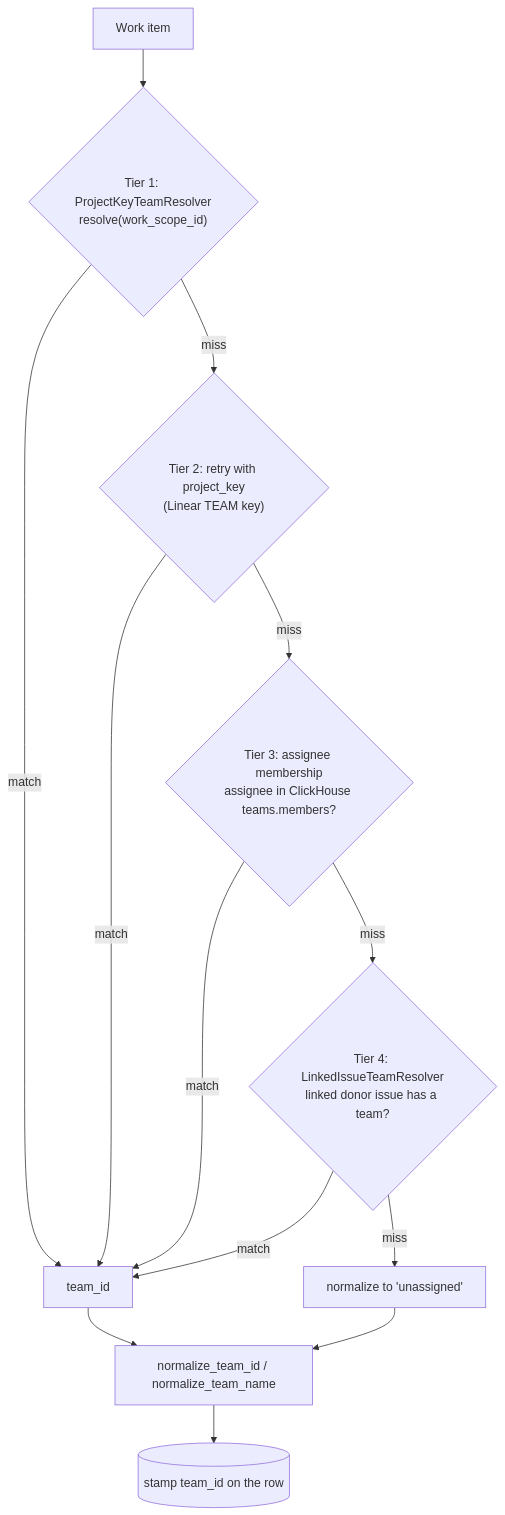
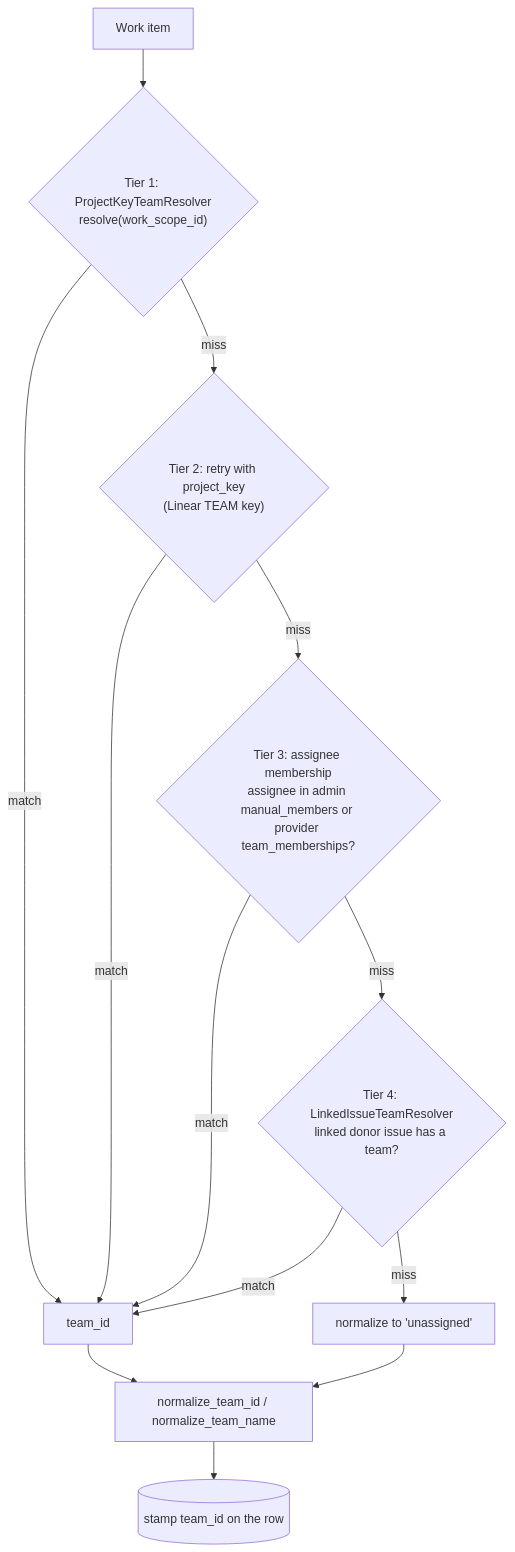
The second of 9 diagrams in docs/contribute/architecture/team-attribution.md (full-chaos/dev-health-ops), drawn with Mermaid before and after one commit. The commit also changed other lines of this file and 70 other files, not shown here.

````diff
--- a/docs/contribute/architecture/team-attribution.md
+++ b/docs/contribute/architecture/team-attribution.md
@@ -2360,16 +2361,16 @@
 ```mermaid
 flowchart TD
     A["Work item"] --> B{"Tier 1: ProjectKeyTeamResolver<br/>resolve(work_scope_id)"}
     B -- match --> T["team_id"]
     B -- miss --> C{"Tier 2: retry with project_key<br/>(Linear TEAM key)"}
     C -- match --> T
-    C -- miss --> D{"Tier 3: assignee membership<br/>assignee in ClickHouse teams.members?"}
+    C -- miss --> D{"Tier 3: assignee membership<br/>assignee in admin manual_members or provider team_memberships?"}
     D -- match --> T
     D -- miss --> E{"Tier 4: LinkedIssueTeamResolver<br/>linked donor issue has a team?"}
     E -- match --> T
     E -- miss --> U["normalize to 'unassigned'"]
 
     T --> N["normalize_team_id / normalize_team_name"]
     U --> N
     N --> R[("stamp team_id on the row")]
 ```
````
